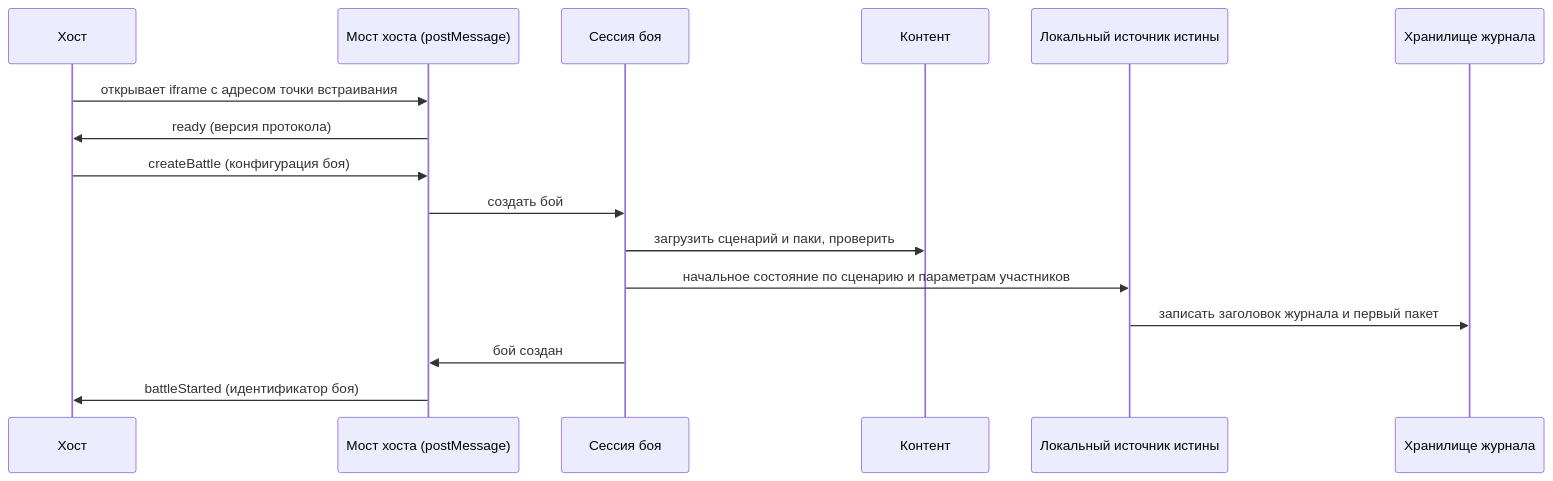
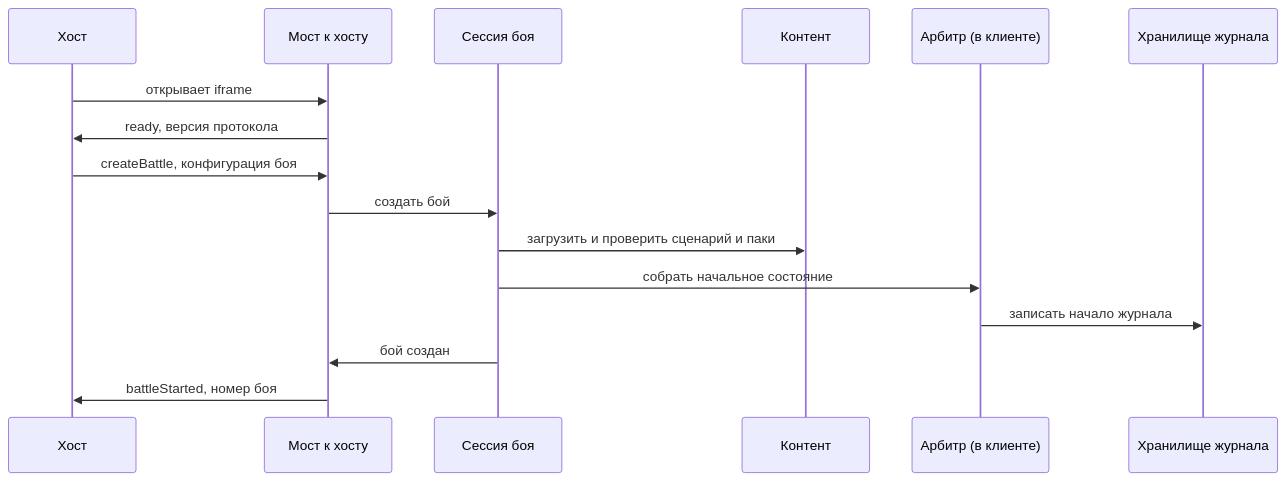
Before and after one commit to LinKav20/Heroes2dBattleGame: the first of 5 diagrams in docs/architecture/05-runtime.md, drawn with Mermaid. The commit also changed other lines of this file and 53 other files, not shown here.

````diff
--- a/docs/architecture/05-runtime.md
+++ b/docs/architecture/05-runtime.md
@@ -11,18 +13,18 @@
 ```mermaid
 sequenceDiagram
   participant H as Хост
-  participant B as Мост хоста (postMessage)
+  participant B as Мост к хосту
   participant S as Сессия боя
   participant C as Контент
-  participant A as Локальный источник истины
+  participant A as Арбитр (в клиенте)
   participant J as Хранилище журнала
-  H->>B: открывает iframe с адресом точки встраивания
-  B->>H: ready (версия протокола)
-  H->>B: createBattle (конфигурация боя)
+  H->>B: открывает iframe
+  B->>H: ready, версия протокола
+  H->>B: createBattle, конфигурация боя
   B->>S: создать бой
-  S->>C: загрузить сценарий и паки, проверить
-  S->>A: начальное состояние по сценарию и параметрам участников
-  A->>J: записать заголовок журнала и первый пакет
+  S->>C: загрузить и проверить сценарий и паки
+  S->>A: собрать начальное состояние
+  A->>J: записать начало журнала
   S->>B: бой создан
-  B->>H: battleStarted (идентификатор боя)
+  B->>H: battleStarted, номер боя
 ```
````
